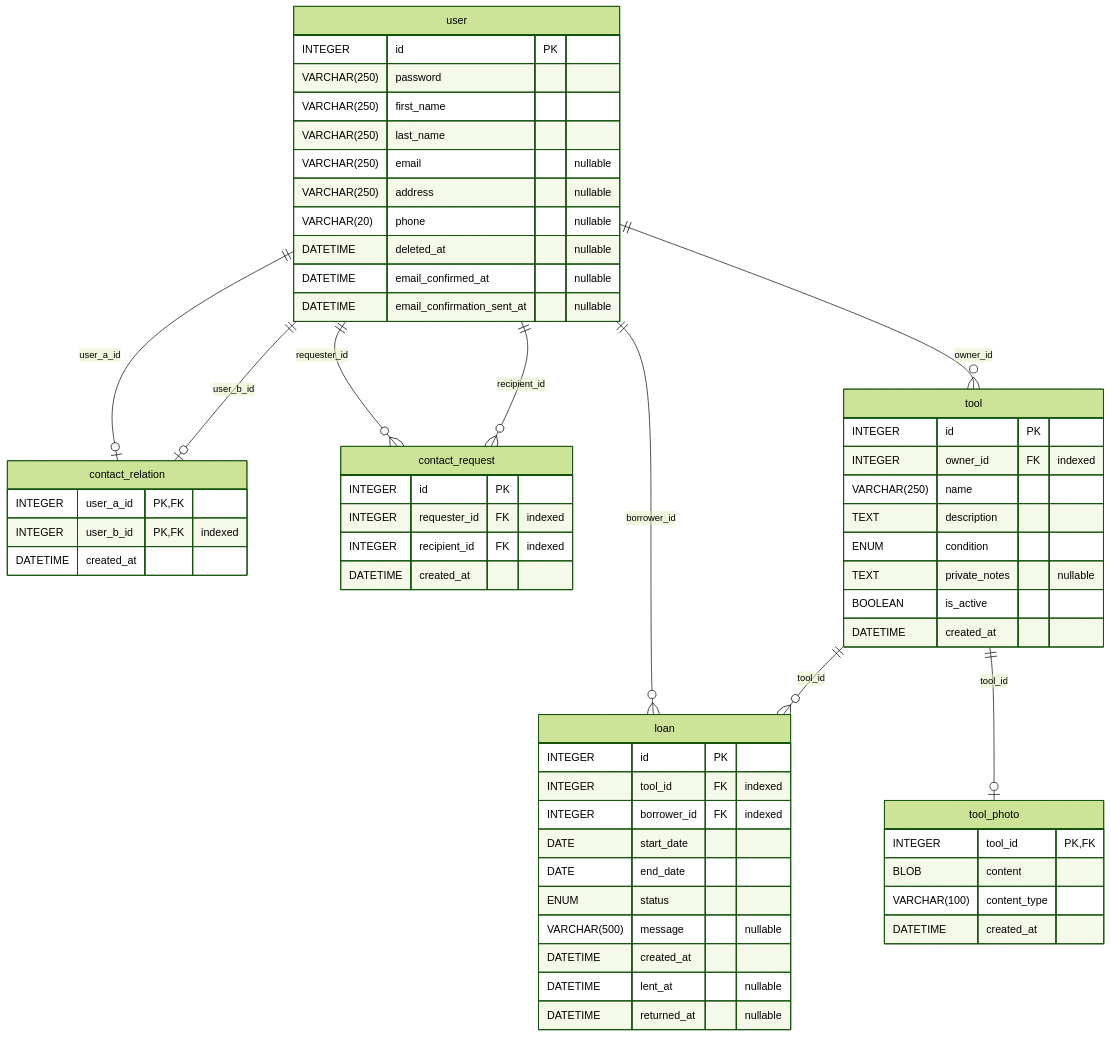
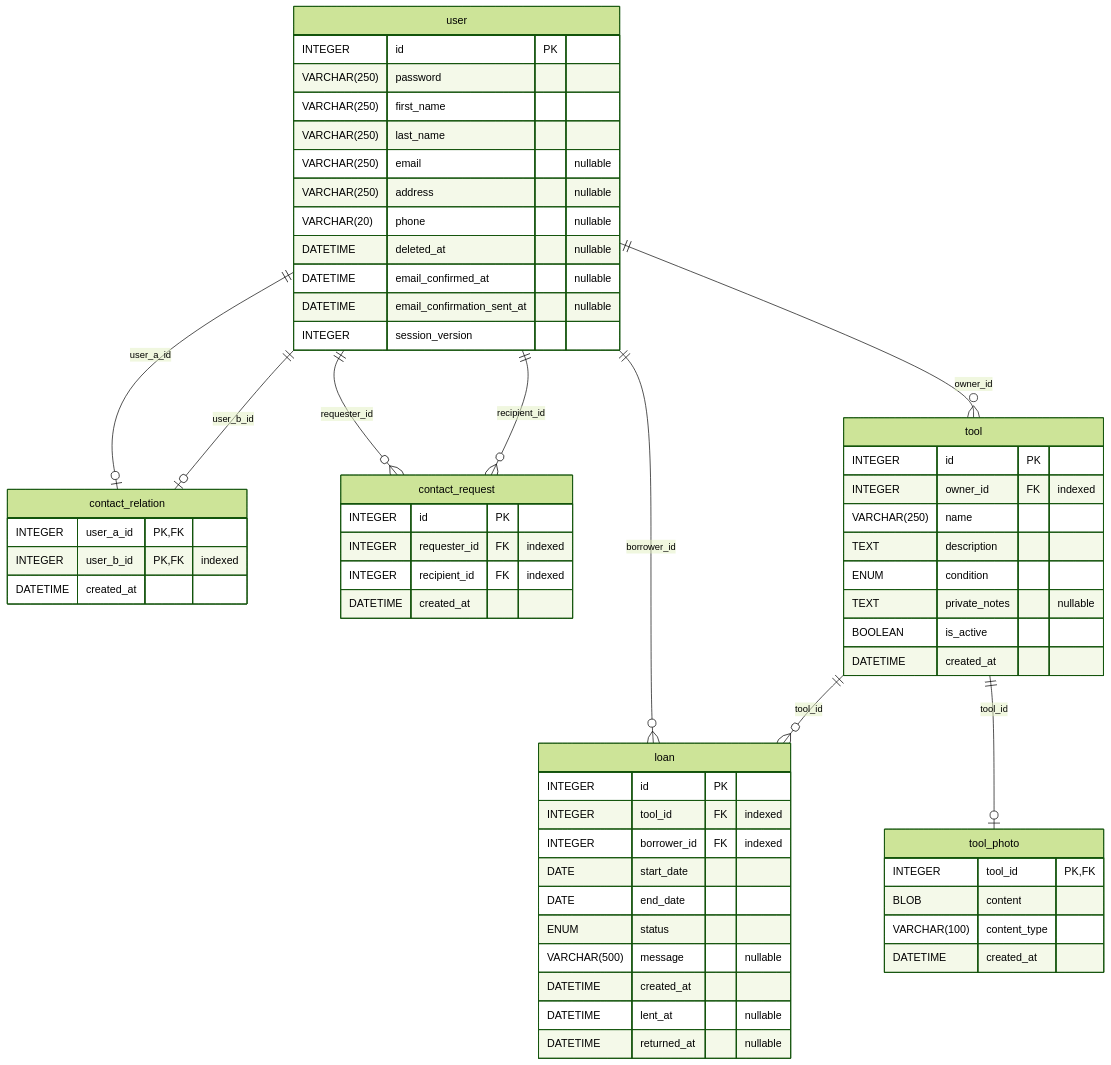
The diagram in docs/schema.md (gcharland1/outillerie), drawn with Mermaid (forest theme) before and after one commit. The commit also changed 22 other files, not shown here.

````diff
--- a/docs/schema.md
+++ b/docs/schema.md
@@ -9,69 +9,70 @@
 ```mermaid
 erDiagram
   contact_relation {
     INTEGER user_a_id PK,FK
     INTEGER user_b_id PK,FK "indexed"
     DATETIME created_at
   }
 
   contact_request {
     INTEGER id PK
     INTEGER requester_id FK "indexed"
     INTEGER recipient_id FK "indexed"
     DATETIME created_at
   }
 
   loan {
     INTEGER id PK
     INTEGER tool_id FK "indexed"
     INTEGER borrower_id FK "indexed"
     DATE start_date
     DATE end_date
     ENUM status
     VARCHAR(500) message "nullable"
     DATETIME created_at
     DATETIME lent_at "nullable"
     DATETIME returned_at "nullable"
   }
 
   tool {
     INTEGER id PK
     INTEGER owner_id FK "indexed"
     VARCHAR(250) name
     TEXT description
     ENUM condition
     TEXT private_notes "nullable"
     BOOLEAN is_active
     DATETIME created_at
   }
 
   tool_photo {
     INTEGER tool_id PK,FK
     BLOB content
     VARCHAR(100) content_type
     DATETIME created_at
   }
 
   user {
     INTEGER id PK
     VARCHAR(250) password
     VARCHAR(250) first_name
     VARCHAR(250) last_name
     VARCHAR(250) email "nullable"
     VARCHAR(250) address "nullable"
     VARCHAR(20) phone "nullable"
     DATETIME deleted_at "nullable"
     DATETIME email_confirmed_at "nullable"
     DATETIME email_confirmation_sent_at "nullable"
+    INTEGER session_version
   }
 
   user ||--o| contact_relation : user_a_id
   user ||--o| contact_relation : user_b_id
   user ||--o{ contact_request : requester_id
   user ||--o{ contact_request : recipient_id
   tool ||--o{ loan : tool_id
   user ||--o{ loan : borrower_id
   user ||--o{ tool : owner_id
   tool ||--o| tool_photo : tool_id
 
 ```
````
